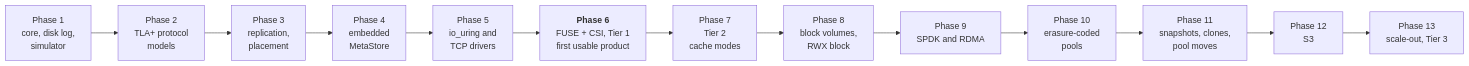
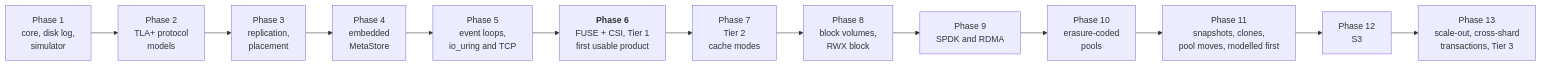
Before and after one commit to nvcnvn/rock-solid: the fifth of 5 diagrams in blogs/01-the-big-picture.md, drawn with Mermaid. The commit also changed other lines of this file and 12 other files, not shown here.

````diff
--- a/blogs/01-the-big-picture.md
+++ b/blogs/01-the-big-picture.md
@@ -541,15 +547,15 @@
 ```mermaid
 flowchart LR
     P1["Phase 1<br/>core, disk log,<br/>simulator"] --> P2["Phase 2<br/>TLA+ protocol<br/>models"]
     P2 --> P3["Phase 3<br/>replication,<br/>placement"]
     P3 --> P4["Phase 4<br/>embedded<br/>MetaStore"]
-    P4 --> P5["Phase 5<br/>io_uring and<br/>TCP drivers"]
+    P4 --> P5["Phase 5<br/>event loops,<br/>io_uring and TCP"]
     P5 --> P6["<b>Phase 6</b><br/>FUSE + CSI, Tier 1<br/>first usable product"]
     P6 --> P7["Phase 7<br/>Tier 2<br/>cache modes"]
     P7 --> P8["Phase 8<br/>block volumes,<br/>RWX block"]
     P8 --> P9["Phase 9<br/>SPDK and RDMA"]
     P9 --> P10["Phase 10<br/>erasure-coded<br/>pools"]
-    P10 --> P11["Phase 11<br/>snapshots, clones,<br/>pool moves"]
+    P10 --> P11["Phase 11<br/>snapshots, clones,<br/>pool moves, modelled first"]
     P11 --> P12["Phase 12<br/>S3"]
-    P12 --> P13["Phase 13<br/>scale-out, Tier 3"]
+    P12 --> P13["Phase 13<br/>scale-out, cross-shard<br/>transactions, Tier 3"]
 ```
````
